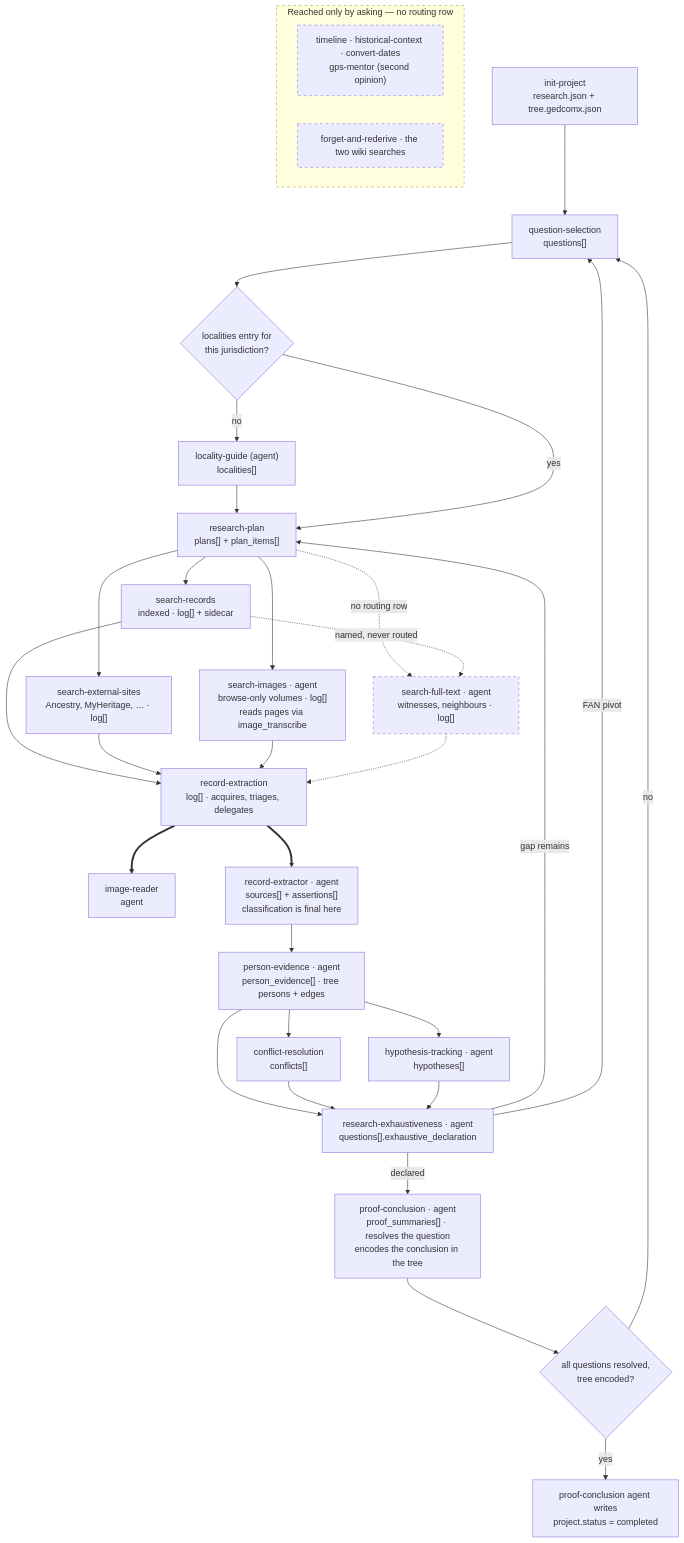
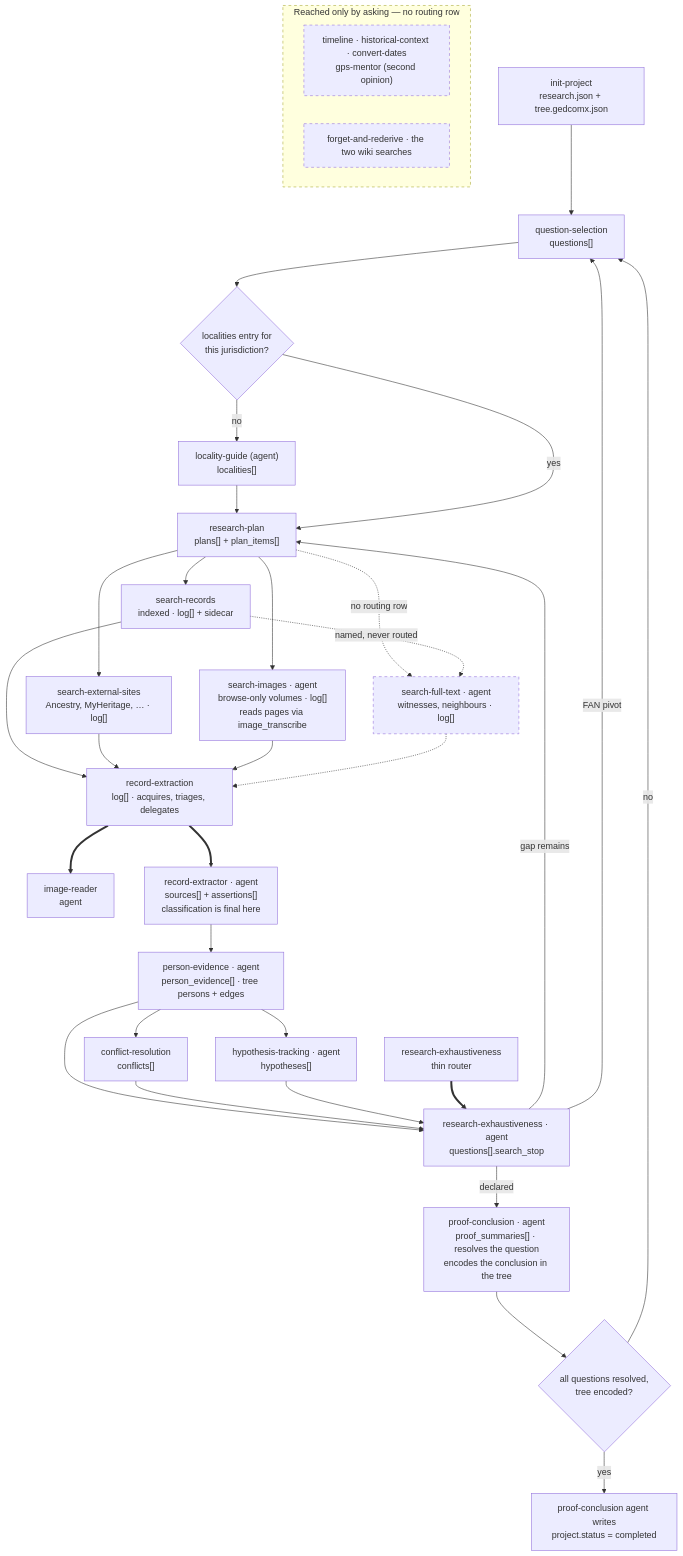
The diagram in docs/skill-dataflow.md (PioneerAIAcademy/cowork-genealogy), drawn with Mermaid before and after one commit. The commit also changed other lines of this file and 242 other files, not shown here.

First line of the commit message:
Stop claiming exhaustive: replace exhaustive_declaration with search_stop (#3277)

````diff
--- a/docs/skill-dataflow.md
+++ b/docs/skill-dataflow.md
@@ -71,48 +71,49 @@
 ```mermaid
 flowchart TD
     IP["init-project<br/>research.json + tree.gedcomx.json"] --> QS
     QS["question-selection<br/>questions[]"] --> LOCGATE
     LOCGATE{"localities entry for<br/>this jurisdiction?"}
     LOCGATE -- no --> LG["locality-guide (agent)<br/>localities[]"] --> RP
     LOCGATE -- yes --> RP["research-plan<br/>plans[] + plan_items[]"]
 
     RP --> SR["search-records<br/>indexed · log[] + sidecar"]
     RP --> SE["search-external-sites<br/>Ancestry, MyHeritage, … · log[]"]
     RP --> SIA["search-images · agent<br/>browse-only volumes · log[]<br/>reads pages via image_transcribe"]
     RP -.->|"no routing row"| SF["search-full-text · agent<br/>witnesses, neighbours · log[]"]
     SR -.->|"named, never routed"| SF
     RE ==> IR["image-reader<br/>agent"]
 
     SR --> RE
     SE --> RE
     SIA --> RE
     SF -.-> RE
     RE["record-extraction<br/>log[] · acquires, triages, delegates"]
     RE ==> RX["record-extractor · agent<br/>sources[] + assertions[]<br/>classification is final here"]
 
     RX --> PE["person-evidence · agent<br/>person_evidence[] · tree persons + edges"]
     PE --> CR["conflict-resolution<br/>conflicts[]"]
     PE --> HT["hypothesis-tracking · agent<br/>hypotheses[]"]
     PE --> EXA
     CR --> EXA
     HT --> EXA
 
-    EXA["research-exhaustiveness · agent<br/>questions[].exhaustive_declaration"]
+    EX["research-exhaustiveness<br/>thin router"]
+    EX ==> EXA["research-exhaustiveness · agent<br/>questions[].search_stop"]
     EXA -- "gap remains" --> RP
     EXA -- "FAN pivot" --> QS
     EXA -- "declared" --> PCA
 
     PCA["proof-conclusion · agent<br/>proof_summaries[] · resolves the question<br/>encodes the conclusion in the tree"]
     PCA --> GATE{"all questions resolved,<br/>tree encoded?"}
     GATE -- no --> QS
     GATE -- yes --> DONE["proof-conclusion agent writes<br/>project.status = completed"]
 
     subgraph ASK ["Reached only by asking — no routing row"]
         direction LR
         U1["timeline · historical-context · convert-dates<br/>gps-mentor (second opinion)"]
         U2["forget-and-rederive · the two wiki searches"]
     end
 
     classDef unrouted stroke-dasharray: 5 5
     class SF,ASK,U1,U2 unrouted
 ```
````
